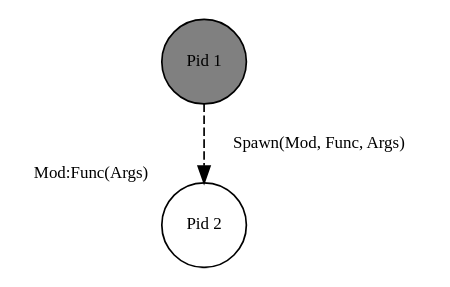
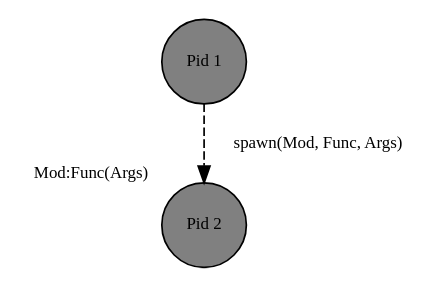
One commit to dont-rely-on-nulls/gambiconf-2025 changed the first of 16 diagrams in presentation.org. Above: the diagram before and after it, drawn with Graphviz. The commit also changed other lines of this file and 24 other files, not shown here.

```diff
--- a/presentation.org
+++ b/presentation.org
@@ -334,11 +173,11 @@
 #+BEGIN_SRC dot :file ./img/erlang_process.png :cmdline -Kdot -Tpng :exports results
   digraph Spawn {
     node [shape=circle];
     sep = 1;
   
     pid1 [label="Pid 1", fontsize="10pt", style=filled, fillcolor=grey];
-    pid2 [label="Pid 2", xlabel="Mod:Func(Args)", fontsize="10pt", style=filled, fillcolor=white];
+    pid2 [label="Pid 2", xlabel="Mod:Func(Args)", fontsize="10pt", style=filled, fillcolor=grey];
   
-    pid1 -> pid2 [label="  Spawn(Mod, Func, Args)", fontsize="10pt", minlen=1, style=dashed];
+    pid1 -> pid2 [label="  spawn(Mod, Func, Args)", fontsize="10pt", minlen=1, style=dashed];
   }
 #+END_SRC
```
